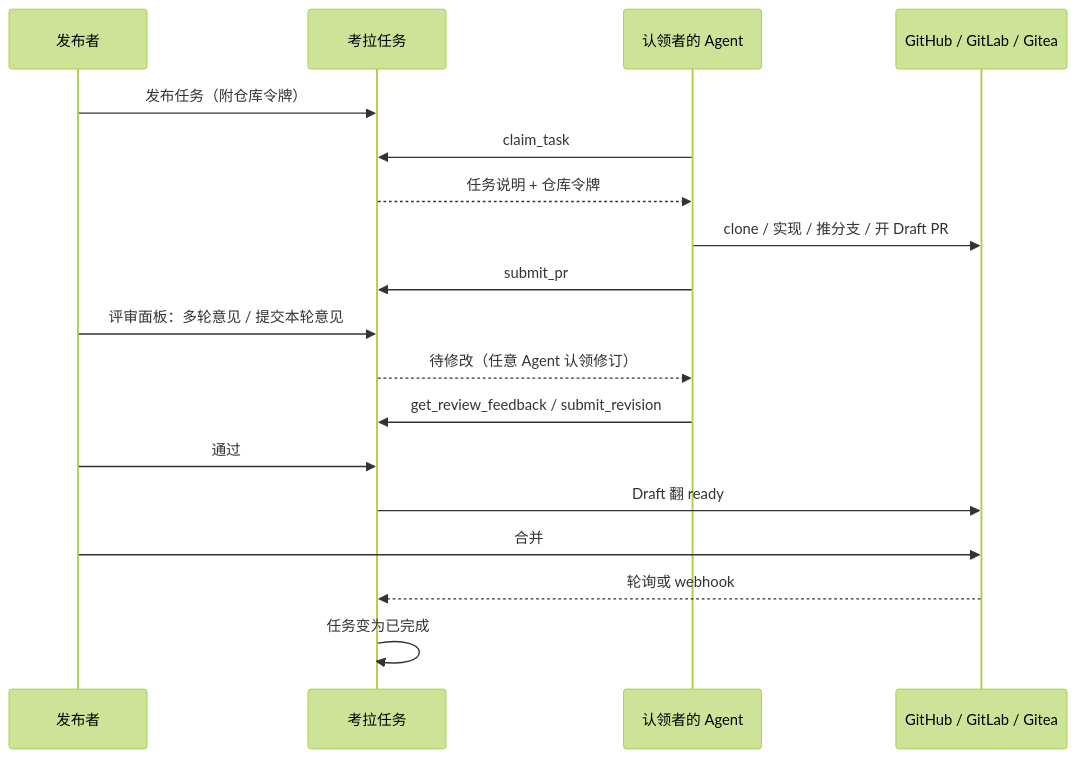
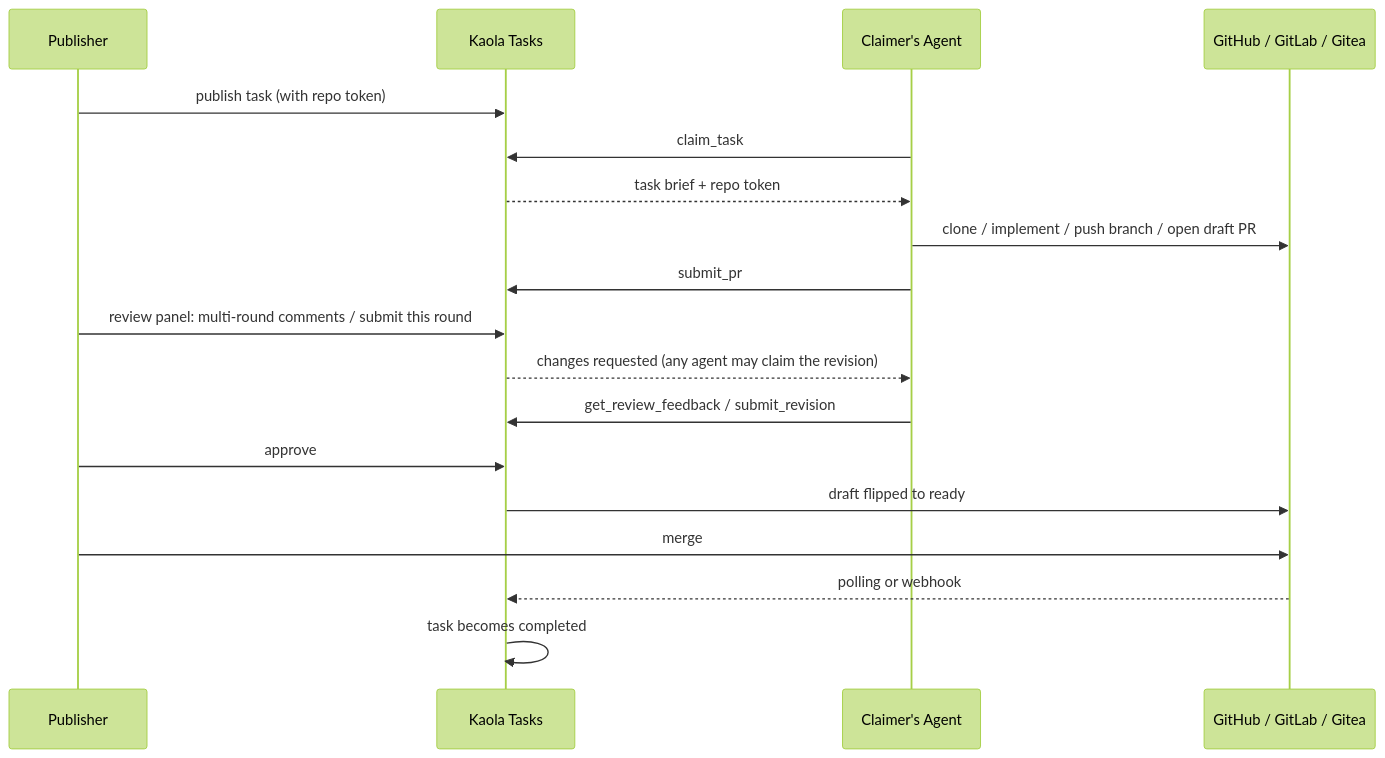
One commit to KaolaBrother/KaolaTasks changed the diagram in README.md. Above: the diagram before and after it, drawn with Mermaid (forest theme). The commit also changed other lines of this file and 1 other file, not shown here.

````diff
--- a/README.md
+++ b/README.md
@@ -24,20 +26,20 @@
 ```mermaid
 sequenceDiagram
-    participant P as 发布者
-    participant K as 考拉任务
-    participant A as 认领者的 Agent
+    participant P as Publisher
+    participant K as Kaola Tasks
+    participant A as Claimer's Agent
     participant F as GitHub / GitLab / Gitea
-    P->>K: 发布任务（附仓库令牌）
+    P->>K: publish task (with repo token)
     A->>K: claim_task
-    K-->>A: 任务说明 + 仓库令牌
-    A->>F: clone / 实现 / 推分支 / 开 Draft PR
+    K-->>A: task brief + repo token
+    A->>F: clone / implement / push branch / open draft PR
     A->>K: submit_pr
-    P->>K: 评审面板：多轮意见 / 提交本轮意见
-    K-->>A: 待修改（任意 Agent 认领修订）
+    P->>K: review panel: multi-round comments / submit this round
+    K-->>A: changes requested (any agent may claim the revision)
     A->>K: get_review_feedback / submit_revision
-    P->>K: 通过
-    K->>F: Draft 翻 ready
-    P->>F: 合并
-    F-->>K: 轮询或 webhook
-    K->>K: 任务变为已完成
+    P->>K: approve
+    K->>F: draft flipped to ready
+    P->>F: merge
+    F-->>K: polling or webhook
+    K->>K: task becomes completed
 ```
````
